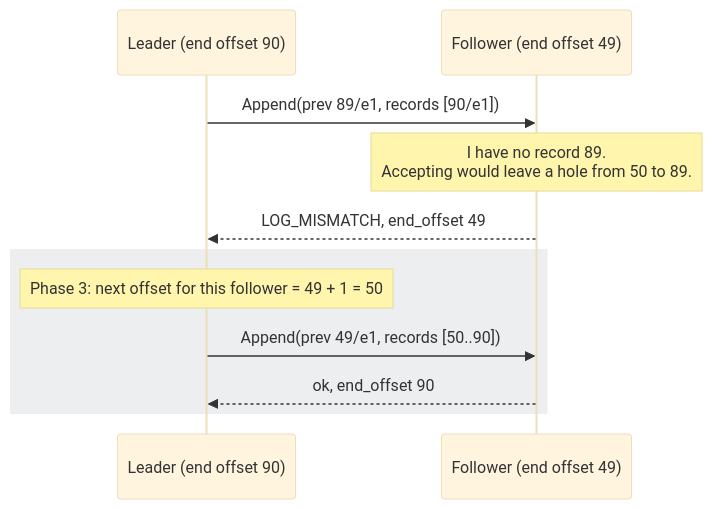
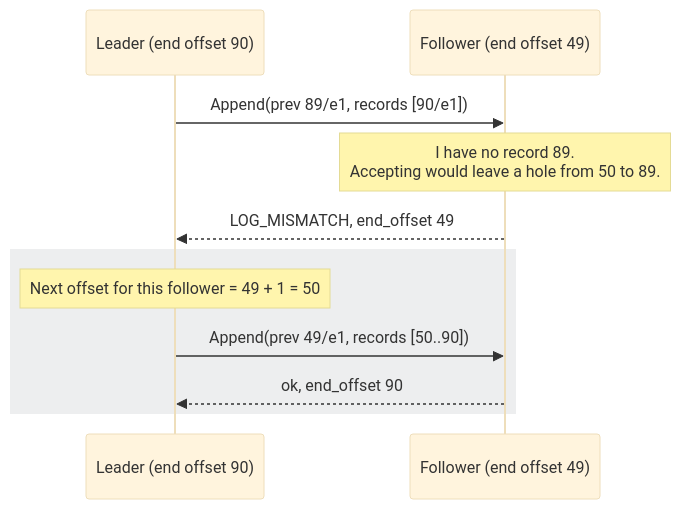
One commit to paulisuden/K0sStreams changed the ninth of 23 diagrams in docs/replication-scenarios.md. Above: the diagram before and after it, drawn with Mermaid (base theme). The commit also changed other lines of this file and 21 other files, not shown here.

````diff
--- a/docs/replication-scenarios.md
+++ b/docs/replication-scenarios.md
@@ -312,13 +309,13 @@
 ```mermaid
 sequenceDiagram
     participant L as Leader (end offset 90)
     participant F as Follower (end offset 49)
     L->>F: Append(prev 89/e1, records [90/e1])
     Note over F: I have no record 89.<br/>Accepting would leave a hole from 50 to 89.
     F-->>L: LOG_MISMATCH, end_offset 49
     rect rgba(134, 142, 150, 0.15)
-    Note over L: Phase 3: next offset for this follower = 49 + 1 = 50
+    Note over L: Next offset for this follower = 49 + 1 = 50
     L->>F: Append(prev 49/e1, records [50..90])
     F-->>L: ok, end_offset 90
     end
 ```
````
